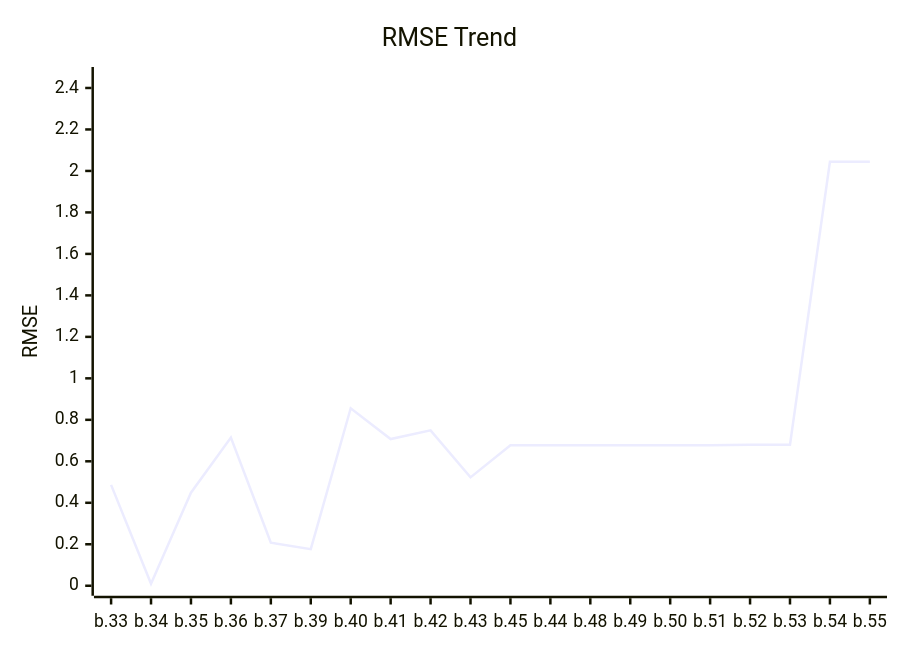
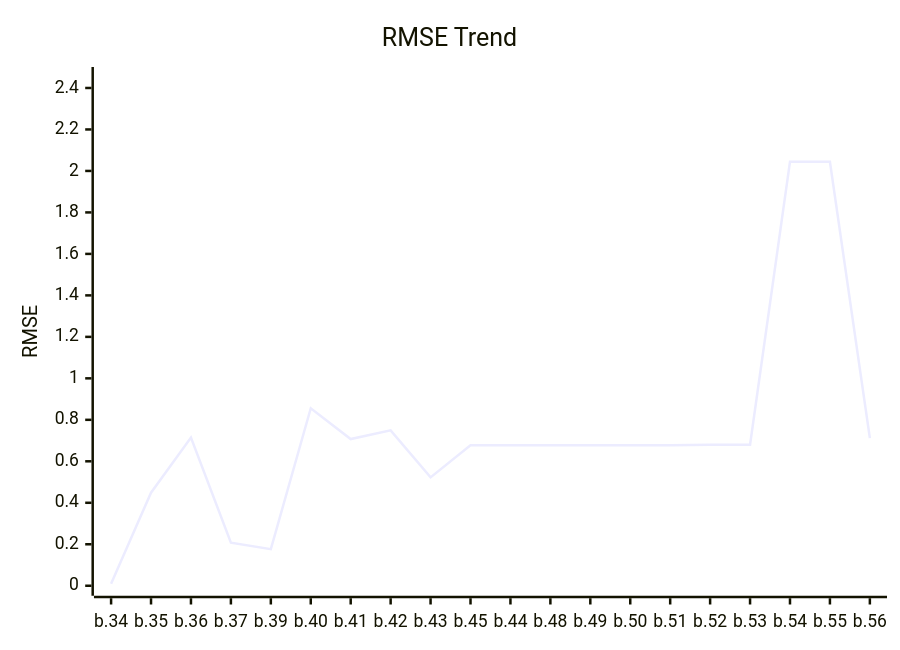
One commit to timo-eberl/tracy changed the first of 2 diagrams in README.md. Above: the diagram before and after it, drawn with Mermaid. The commit also changed other lines of this file and 3 other files, not shown here.

````diff
--- a/README.md
+++ b/README.md
@@ -13,7 +13,7 @@
 ```mermaid
 xychart-beta
     title "RMSE Trend"
-    x-axis ["b.33", "b.34", "b.35", "b.36", "b.37", "b.39", "b.40", "b.41", "b.42", "b.43", "b.45", "b.44", "b.48", "b.49", "b.50", "b.51", "b.52", "b.53", "b.54", "b.55"]
+    x-axis ["b.34", "b.35", "b.36", "b.37", "b.39", "b.40", "b.41", "b.42", "b.43", "b.45", "b.44", "b.48", "b.49", "b.50", "b.51", "b.52", "b.53", "b.54", "b.55", "b.56"]
     y-axis "RMSE" 0 --> 2.4529
-    line [0.4864, 0.0098, 0.4489, 0.7142, 0.2079, 0.1763, 0.8557, 0.7071, 0.749, 0.5226, 0.677836, 0.677984, 0.678, 0.678, 0.678, 0.6778, 0.6796, 0.6796, 2.0441, 2.0441]
+    line [0.0098, 0.4489, 0.7142, 0.2079, 0.1763, 0.8557, 0.7071, 0.749, 0.5226, 0.677836, 0.677984, 0.678, 0.678, 0.678, 0.6778, 0.6796, 0.6796, 2.0441, 2.0441, 0.7121]
 ```
````
